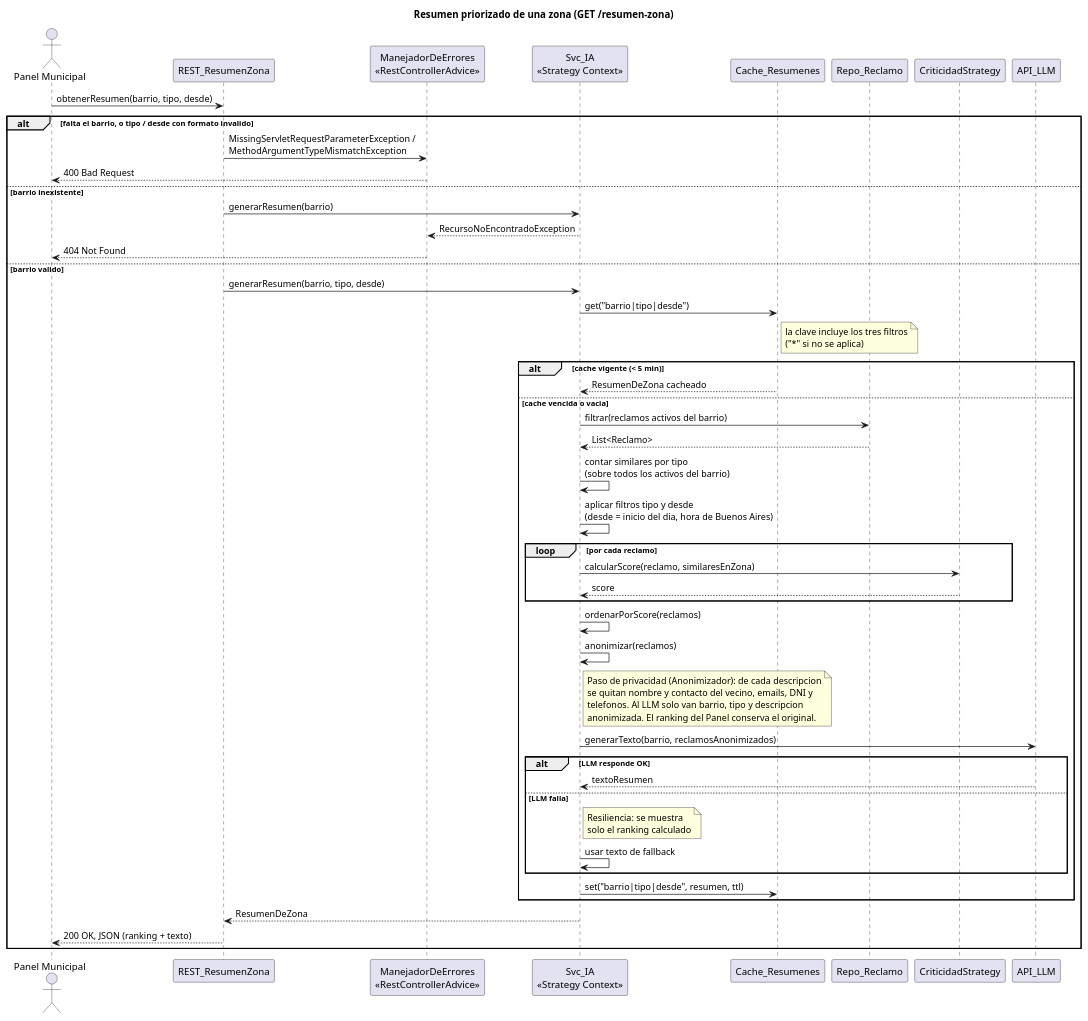
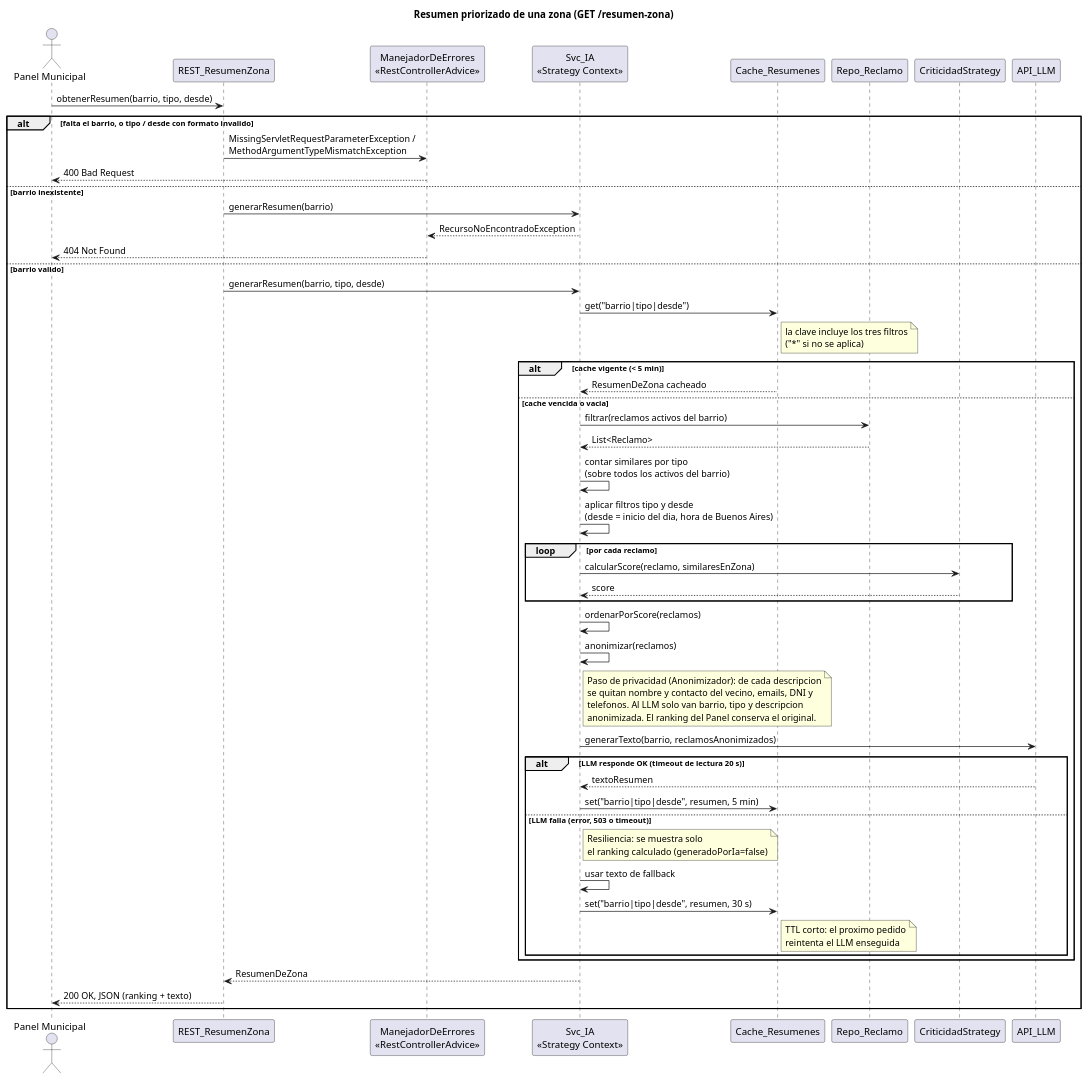
The diagram in docs/03_secuencia_resumen_zona.puml (francolovera24/Backend-TicketeraMunicipal-DDA2), drawn with PlantUML before and after one commit.

Commit message:
Punto 13: TTL corto del fallback reflejado en la secuencia de resumen
Ya estaba implementado (SvcIA.TTL_FALLBACK = 30 s, cubierto por
SvcIATest y CacheResumenesTest). La secuencia 03 ahora distingue los
dos caminos: resumen generado por el LLM cacheado 5 minutos y texto de
fallback cacheado 30 segundos para reintentar pronto.

```diff
--- a/docs/03_secuencia_resumen_zona.puml
+++ b/docs/03_secuencia_resumen_zona.puml
@@ -1,65 +1,66 @@
 @startuml
 title Resumen priorizado de una zona (GET /resumen-zona)
 
 actor "Panel Municipal" as Panel
 participant "REST_ResumenZona" as REST
 participant "ManejadorDeErrores\n<<RestControllerAdvice>>" as Errores
 participant "Svc_IA\n<<Strategy Context>>" as Svc
 participant "Cache_Resumenes" as Cache
 participant "Repo_Reclamo" as Repo
 participant "CriticidadStrategy" as Strategy
 participant "API_LLM" as LLM
 
 Panel -> REST : obtenerResumen(barrio, tipo, desde)
 
 alt falta el barrio, o tipo / desde con formato invalido
     REST -> Errores : MissingServletRequestParameterException /\nMethodArgumentTypeMismatchException
     Errores --> Panel : 400 Bad Request
 else barrio inexistente
     REST -> Svc : generarResumen(barrio)
     Svc --> Errores : RecursoNoEncontradoException
     Errores --> Panel : 404 Not Found
 else barrio valido
     REST -> Svc : generarResumen(barrio, tipo, desde)
     Svc -> Cache : get("barrio|tipo|desde")
     note right of Cache : la clave incluye los tres filtros\n("*" si no se aplica)
 
     alt cache vigente (< 5 min)
         Cache --> Svc : ResumenDeZona cacheado
     else cache vencida o vacia
         Svc -> Repo : filtrar(reclamos activos del barrio)
         Repo --> Svc : List<Reclamo>
         Svc -> Svc : contar similares por tipo\n(sobre todos los activos del barrio)
         Svc -> Svc : aplicar filtros tipo y desde\n(desde = inicio del dia, hora de Buenos Aires)
 
         loop por cada reclamo
             Svc -> Strategy : calcularScore(reclamo, similaresEnZona)
             Strategy --> Svc : score
         end
 
         Svc -> Svc : ordenarPorScore(reclamos)
 
         Svc -> Svc : anonimizar(reclamos)
         note right of Svc
           Paso de privacidad (Anonimizador): de cada descripcion
           se quitan nombre y contacto del vecino, emails, DNI y
           telefonos. Al LLM solo van barrio, tipo y descripcion
           anonimizada. El ranking del Panel conserva el original.
         end note
 
         Svc -> LLM : generarTexto(barrio, reclamosAnonimizados)
 
-        alt LLM responde OK
+        alt LLM responde OK (timeout de lectura 20 s)
             LLM --> Svc : textoResumen
-        else LLM falla
-            note right of Svc : Resiliencia: se muestra\nsolo el ranking calculado
+            Svc -> Cache : set("barrio|tipo|desde", resumen, 5 min)
+        else LLM falla (error, 503 o timeout)
+            note right of Svc : Resiliencia: se muestra solo\nel ranking calculado (generadoPorIa=false)
             Svc -> Svc : usar texto de fallback
+            Svc -> Cache : set("barrio|tipo|desde", resumen, 30 s)
+            note right of Cache : TTL corto: el proximo pedido\nreintenta el LLM enseguida
         end
-
-        Svc -> Cache : set("barrio|tipo|desde", resumen, ttl)
     end
 
     Svc --> REST : ResumenDeZona
     REST --> Panel : 200 OK, JSON (ranking + texto)
 end
 @enduml
```
